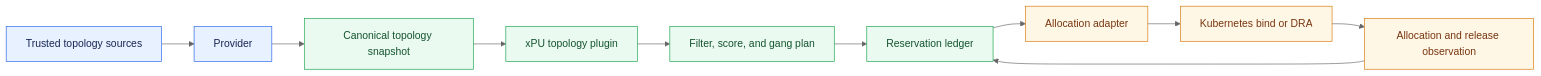
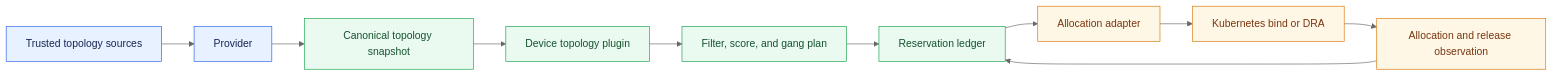
Before and after one commit to volcano-sh/volcano: the second of 7 diagrams in docs/design/generic-xpu-topology-aware-scheduling.md, drawn with Mermaid (neutral theme). The commit also changed other lines of this file, not shown here.

Commit message:
docs: standardize device topology naming

````diff
--- a/docs/design/generic-xpu-topology-aware-scheduling.md
+++ b/docs/design/generic-xpu-topology-aware-scheduling.md
@@ -143,19 +148,19 @@
 ```mermaid
 flowchart LR
     Sources[Trusted topology sources] --> Provider[Provider]
     Provider --> Snapshot[Canonical topology snapshot]
-    Snapshot --> Plugin[xPU topology plugin]
+    Snapshot --> Plugin[Device topology plugin]
     Plugin --> Decisions[Filter, score, and gang plan]
     Decisions --> Ledger[Reservation ledger]
     Ledger --> Adapter[Allocation adapter]
     Adapter --> Runtime[Kubernetes bind or DRA]
     Runtime --> Observe[Allocation and release observation]
     Observe --> Ledger
 
     classDef source fill:#e8f1ff,stroke:#2563eb,color:#172554
     classDef scheduler fill:#eafaf1,stroke:#16a34a,color:#14532d
     classDef runtime fill:#fff7e6,stroke:#d97706,color:#78350f
     class Sources,Provider source
     class Snapshot,Plugin,Decisions,Ledger scheduler
     class Adapter,Runtime,Observe runtime
 ```
````
